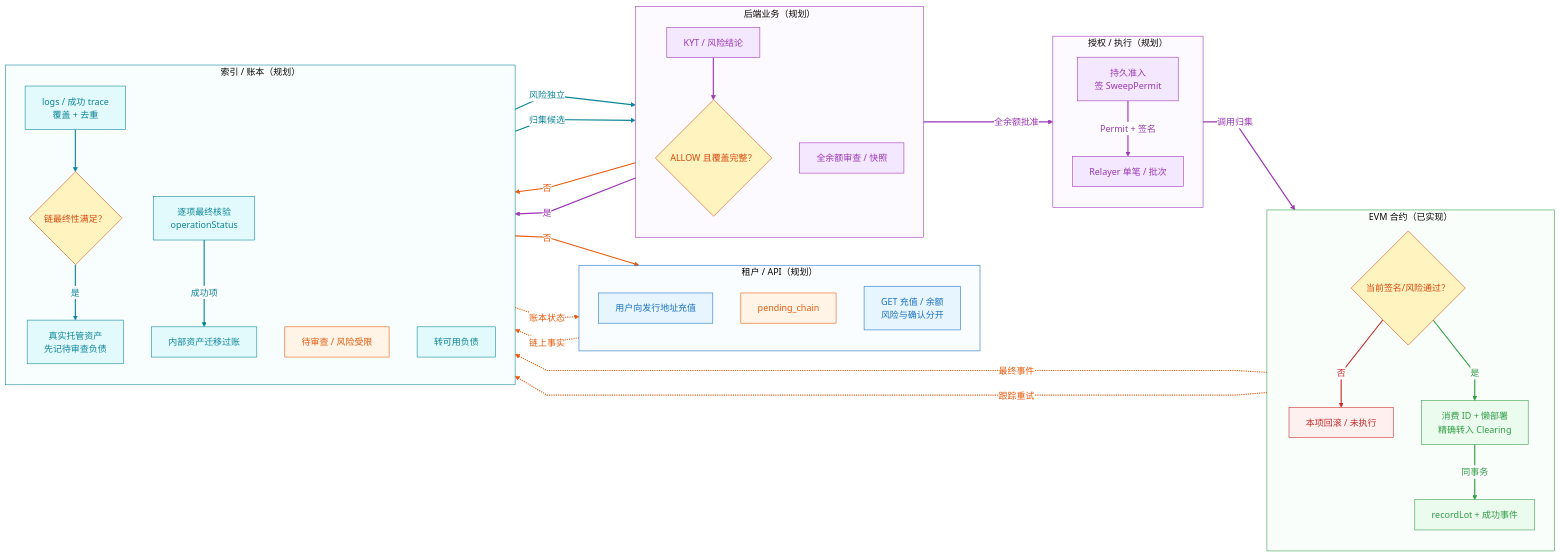
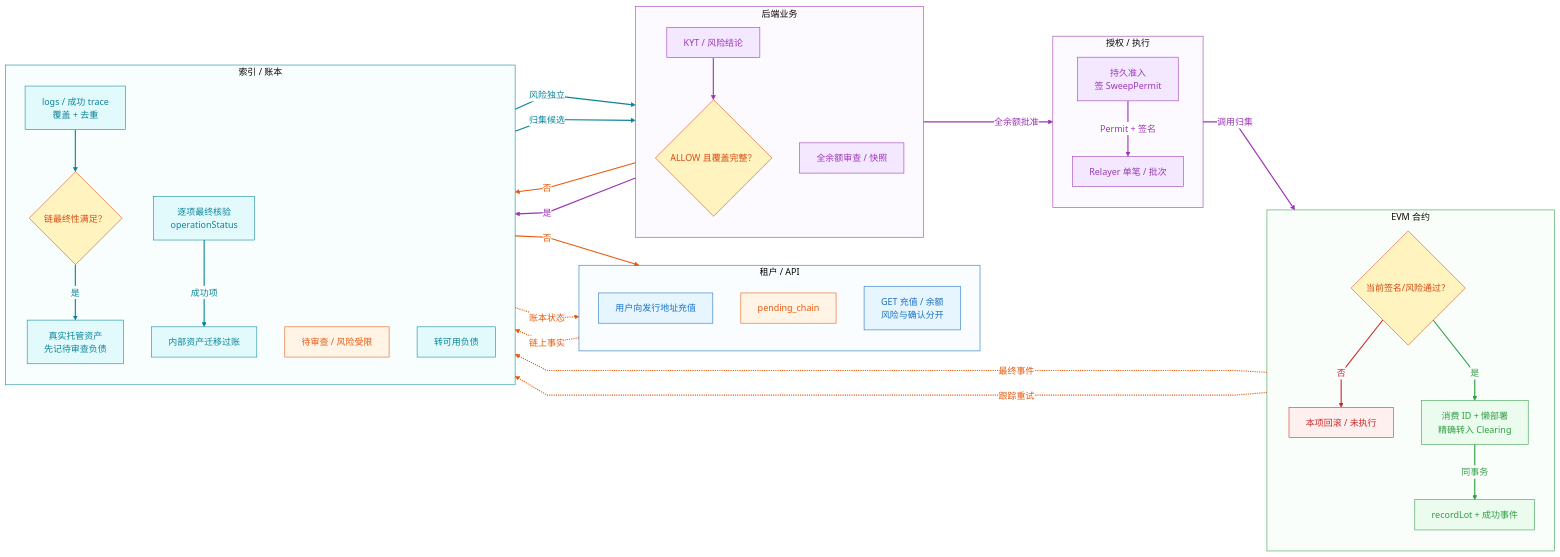
Before and after one commit to Alonoril/wallet-platform: the third of 12 diagrams in docs/contract-multitenant-wallet-design/swimlanes/README.md, drawn with Mermaid. The commit also changed other lines of this file and 39 other files, not shown here.

````diff
--- a/docs/contract-multitenant-wallet-design/swimlanes/README.md
+++ b/docs/contract-multitenant-wallet-design/swimlanes/README.md
@@ -245,31 +245,31 @@
 ```mermaid
 %%{init: {"theme":"base","flowchart":{"curve":"linear"},"themeVariables":{"lineColor":"#1971c2","edgeLabelBackground":"#ffffff"}}}%%
 flowchart LR
-  subgraph API["租户 / API（规划）"]
+  subgraph API["租户 / API"]
     direction TB
     send["用户向发行地址充值"]
     pending["pending_chain"]
     notify["GET 充值 / 余额<br>风险与确认分开"]
   end
-  subgraph APP["后端业务（规划）"]
+  subgraph APP["后端业务"]
     direction TB
     risk["KYT / 风险结论"]
     allow{"ALLOW 且覆盖完整？"}
     balance["全余额审查 / 快照"]
   end
-  subgraph AUTH["授权 / 执行（规划）"]
+  subgraph AUTH["授权 / 执行"]
     direction TB
     signature["持久准入<br>签 SweepPermit"]
     batch["Relayer 单笔 / 批次"]
   end
-  subgraph EVM["EVM 合约（已实现）"]
+  subgraph EVM["EVM 合约"]
     direction TB
     verify{"当前签名/风险通过？"}
     revert["本项回滚 / 未执行"]
     move["消费 ID + 懒部署<br>精确转入 Clearing"]
     lot["recordLot + 成功事件"]
   end
-  subgraph BOOK["索引 / 账本（规划）"]
+  subgraph BOOK["索引 / 账本"]
     direction TB
     discover["logs / 成功 trace<br>覆盖 + 去重"]
     final{"链最终性满足？"}
````
